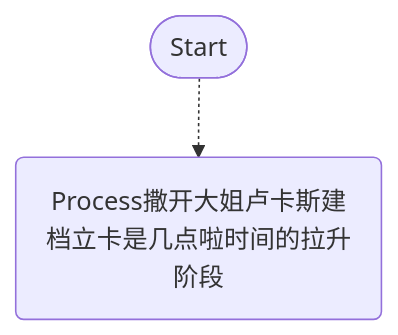
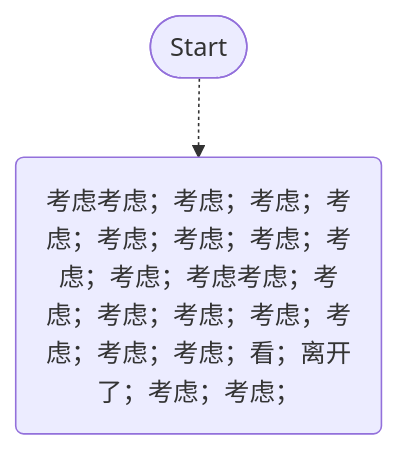
One commit to pingpm/mermaid_vault changed the diagram in mmd/qwewe_c67d29b2-1ede-441e-9024-359aebe3bb9a.mmd. Above: the diagram before and after it, drawn with Mermaid. The commit also changed 2 other files, not shown here.

Commit message:
Sync Mermaid Studio data (6 diagrams)

```diff
--- a/mmd/qwewe_c67d29b2-1ede-441e-9024-359aebe3bb9a.mmd
+++ b/mmd/qwewe_c67d29b2-1ede-441e-9024-359aebe3bb9a.mmd
@@ -1,4 +1,4 @@
 graph TD
   start(["Start"])
-  1("Process撒开大姐卢卡斯建档立卡是几点啦时间的拉升阶段")
+  1("考虑考虑；考虑；考虑；考虑；考虑；考虑；考虑；考虑；考虑；考虑考虑；考虑；考虑；考虑；考虑；考虑；考虑；考虑；看；离开了；考虑；考虑；")
   start -.-> 1
```
